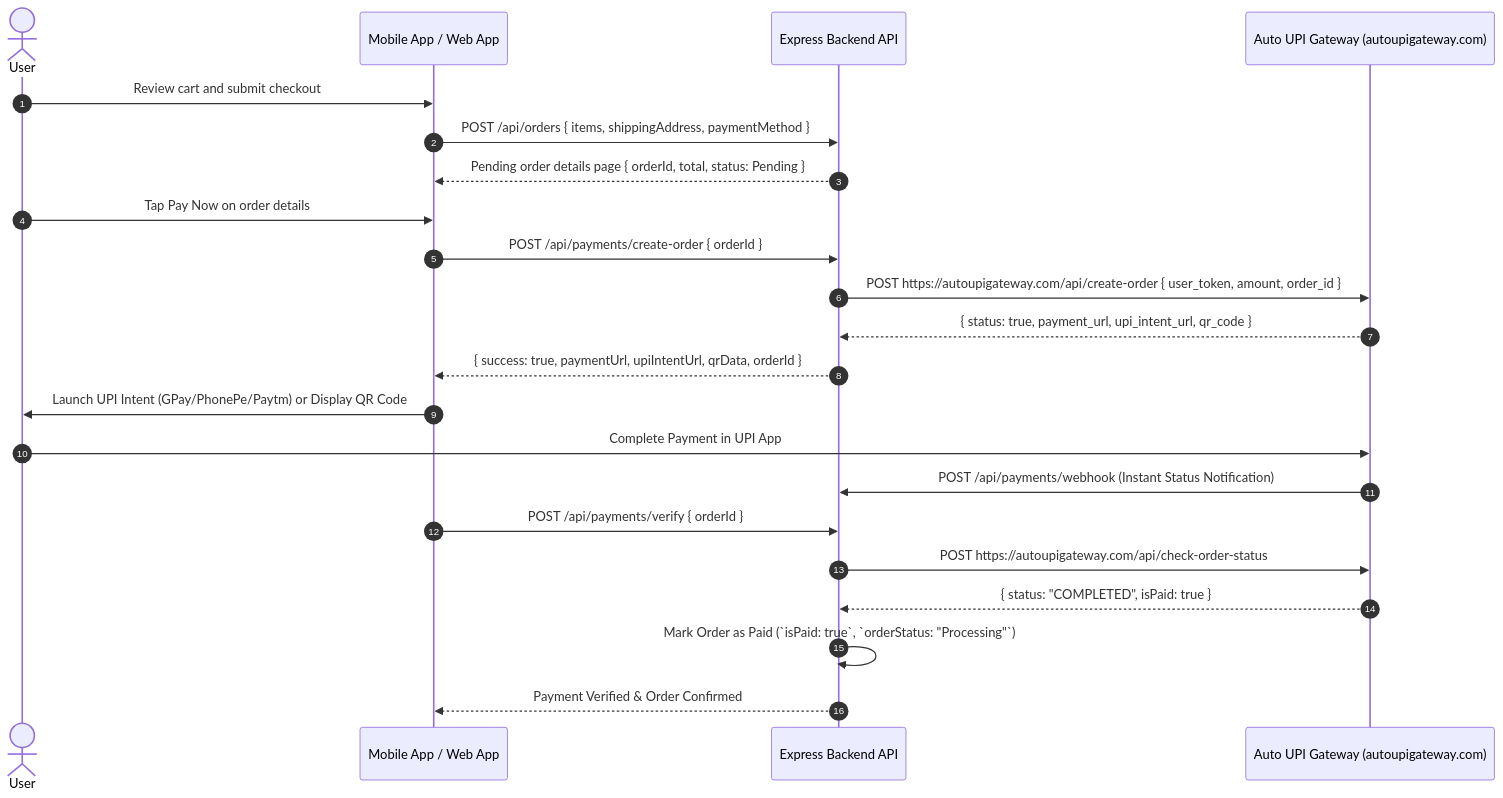
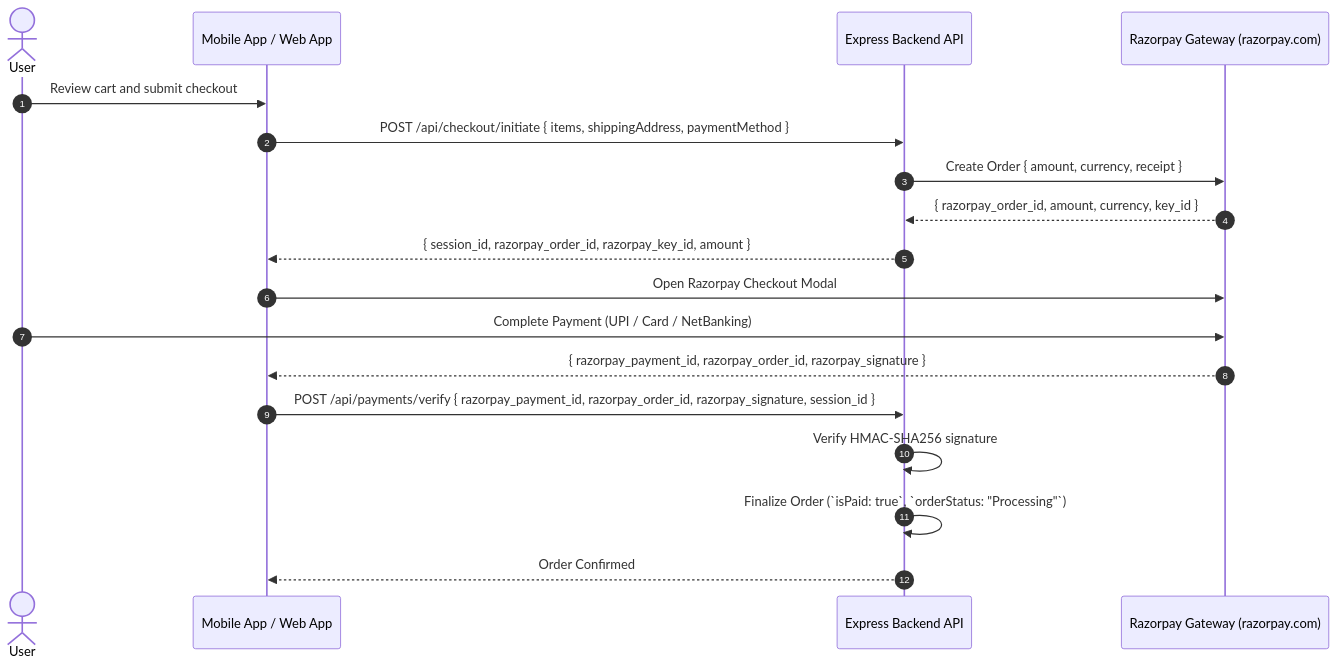
The diagram in docs/FEATURES/PAYMENT_ORDERS.md (kunal285/Tech-Crate), drawn with Mermaid before and after one commit. The commit also changed other lines of this file and 55 other files, not shown here.

Commit message:
fix(core): resolve bugs A-D across product archival, media rendering, payment flows, and terminal-free configurations

````diff
--- a/docs/FEATURES/PAYMENT_ORDERS.md
+++ b/docs/FEATURES/PAYMENT_ORDERS.md
@@ -11,25 +11,21 @@
 ```mermaid
 sequenceDiagram
     autonumber
     actor User
-    participant Mobile as Mobile App / Web App
+    participant Client as Mobile App / Web App
     participant API as Express Backend API
-    participant AutoUPI as Auto UPI Gateway (autoupigateway.com)
+    participant Razorpay as Razorpay Gateway (razorpay.com)
 
-    User->>Mobile: Review cart and submit checkout
-    Mobile->>API: POST /api/orders { items, shippingAddress, paymentMethod }
-    API-->>Mobile: Pending order details page { orderId, total, status: Pending }
-    User->>Mobile: Tap Pay Now on order details
-    Mobile->>API: POST /api/payments/create-order { orderId }
-    API->>AutoUPI: POST https://autoupigateway.com/api/create-order { user_token, amount, order_id }
-    AutoUPI-->>API: { status: true, payment_url, upi_intent_url, qr_code }
-    API-->>Mobile: { success: true, paymentUrl, upiIntentUrl, qrData, orderId }
-    Mobile->>User: Launch UPI Intent (GPay/PhonePe/Paytm) or Display QR Code
-    User->>AutoUPI: Complete Payment in UPI App
-    AutoUPI->>API: POST /api/payments/webhook (Instant Status Notification)
-    Mobile->>API: POST /api/payments/verify { orderId }
-    API->>AutoUPI: POST https://autoupigateway.com/api/check-order-status
-    AutoUPI-->>API: { status: "COMPLETED", isPaid: true }
-    API->>API: Mark Order as Paid (`isPaid: true`, `orderStatus: "Processing"`)
-    API-->>Mobile: Payment Verified & Order Confirmed
+    User->>Client: Review cart and submit checkout
+    Client->>API: POST /api/checkout/initiate { items, shippingAddress, paymentMethod }
+    API->>Razorpay: Create Order { amount, currency, receipt }
+    Razorpay-->>API: { razorpay_order_id, amount, currency, key_id }
+    API-->>Client: { session_id, razorpay_order_id, razorpay_key_id, amount }
+    Client->>Razorpay: Open Razorpay Checkout Modal
+    User->>Razorpay: Complete Payment (UPI / Card / NetBanking)
+    Razorpay-->>Client: { razorpay_payment_id, razorpay_order_id, razorpay_signature }
+    Client->>API: POST /api/payments/verify { razorpay_payment_id, razorpay_order_id, razorpay_signature, session_id }
+    API->>API: Verify HMAC-SHA256 signature
+    API->>API: Finalize Order (`isPaid: true`, `orderStatus: "Processing"`)
+    API-->>Client: Order Confirmed
 ```
````
